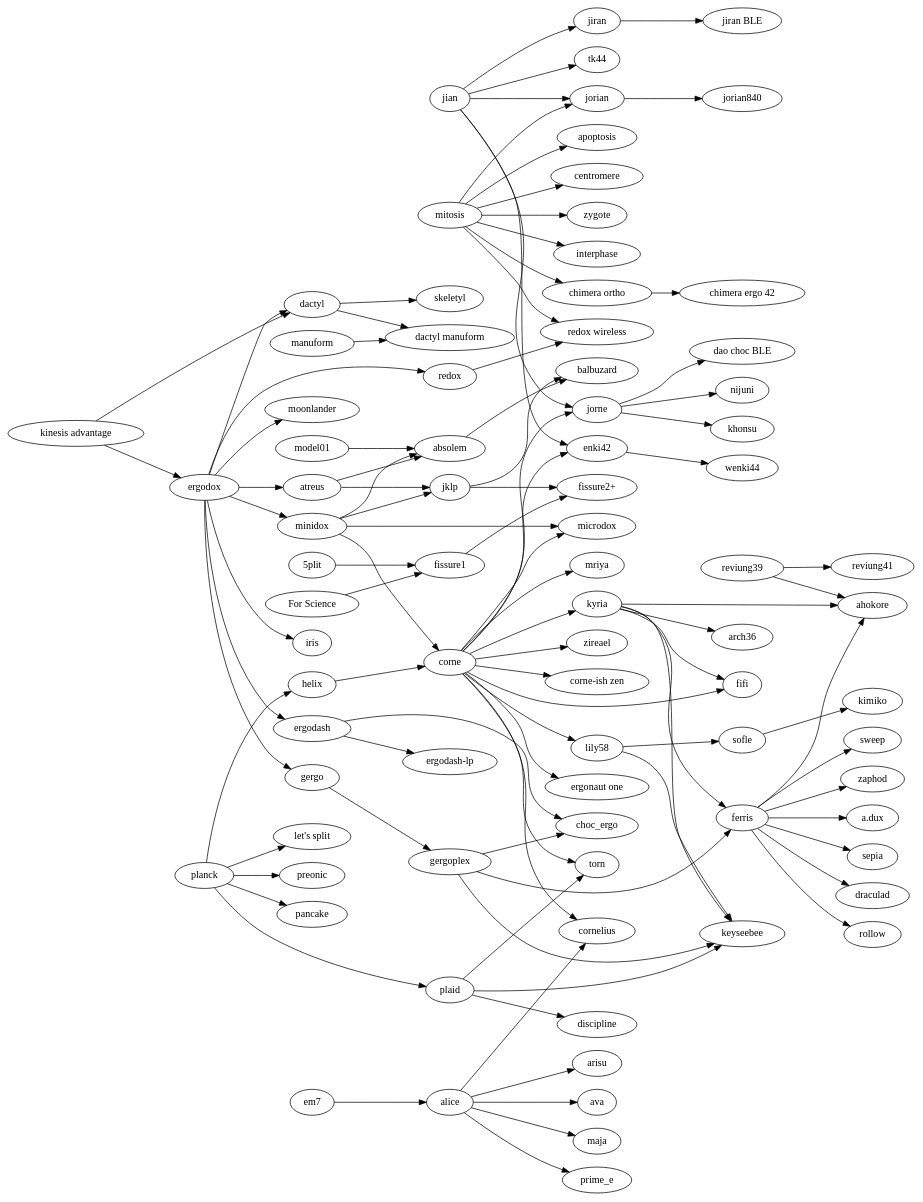
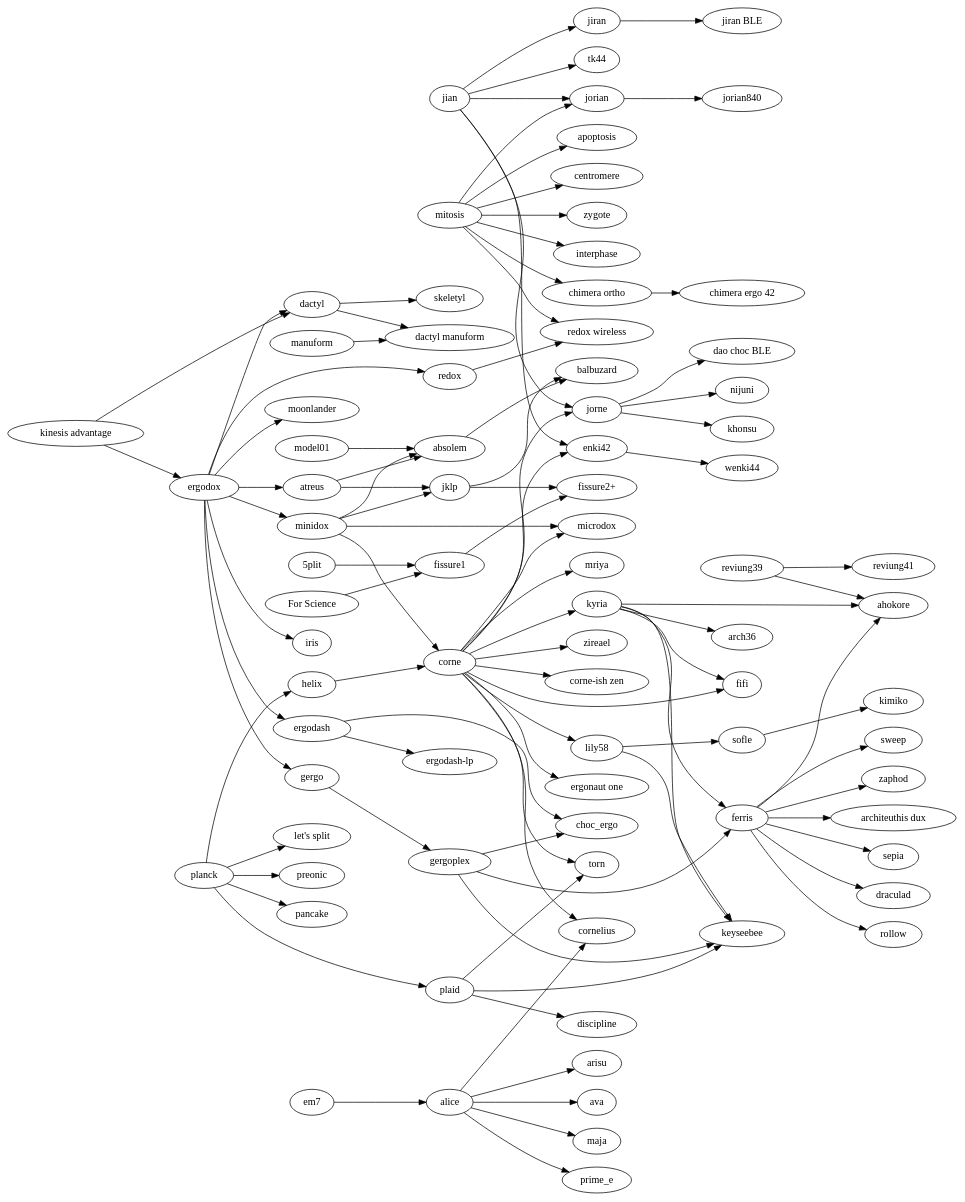
The diagram in tree.gv (joric/graph), drawn with Graphviz before and after one commit.

```diff
--- a/tree.gv
+++ b/tree.gv
@@ -1,168 +1,168 @@
 digraph {
   rankdir=LR;
 
   subgraph splits {
     helix -> corne;
     enki42->wenki44;
     jiran->"jiran BLE";
     jorian->jorian840;
     redox->"redox wireless";
     "chimera ortho"->"chimera ergo 42";
     em7->alice;
 
     jian -> {
       jorian;
       jorne;
       jiran;
       enki42;
       tk44;
     }
 
     jorne -> {
       nijuni;
       khonsu;
       "dao choc BLE";
     }
 
     mitosis -> {
       apoptosis;
       "redox wireless";
       centromere;
       zygote;
       "chimera ortho";
       interphase;
       jorian;
     }
 
     corne -> {
       "corne-ish zen";
       cornelius;
       fifi;
       kyria;
       lily58;
       microdox;
       torn;
       jorne;
       "ergonaut one";
       mriya;
       zireael;
       enki42;
     };
 
     lily58 -> {
       keyseebee;
       sofle;
     };
 
     kyria -> {
         ahokore;
         arch36;
         ferris;
         fifi;
         keyseebee;
     };
 
     "kinesis advantage" -> {
       ergodox;
       dactyl;
     };
 
     ergodox -> {
       atreus;
       dactyl;
       ergodash;
       gergo;
       iris;
       minidox;
       moonlander;
       redox;
     };
 
     ergodash -> {
       "ergodash-lp";
       choc_ergo;
     };
 
     gergo -> gergoplex;
     gergoplex -> {
       choc_ergo;
       ferris;
       keyseebee;
     };
 
     ferris -> {
       ahokore;
       sepia;
       draculad;
       rollow;
       sweep;
       zaphod;
-      "a.dux";
+      "architeuthis dux";
     };
 
     manuform -> "dactyl manuform";
 
     minidox -> {
       absolem;
       corne;
       microdox;
       jklp;
     };
 
     model01 -> {
       absolem;
     };
 
     sofle -> kimiko;
 
     "5plit" -> "fissure1";
     "For Science" -> "fissure1";
     fissure1 -> "fissure2+";
     jklp -> "fissure2+";
   }
 
   subgraph unibody {
     atreus -> {
       absolem;
       jklp;
     };
     jklp -> balbuzard;
     absolem -> balbuzard;
     reviung39 -> {
       ahokore;
       reviung41;
     };
   };
 
   subgraph ortholinear {
     plaid -> {
       discipline;
       keyseebee;
       torn;
     };
     planck -> {
       helix;
       "let's split";
       plaid;
       preonic;
       pancake;
     };
   }
 
   subgraph {
     dactyl -> {
       "dactyl manuform";
       skeletyl;
     }
   }
 
   subgraph alicefamily {
     alice -> {
       arisu;
       ava;
       cornelius;
       maja;
       prime_e;
     }
   }
 }
```
